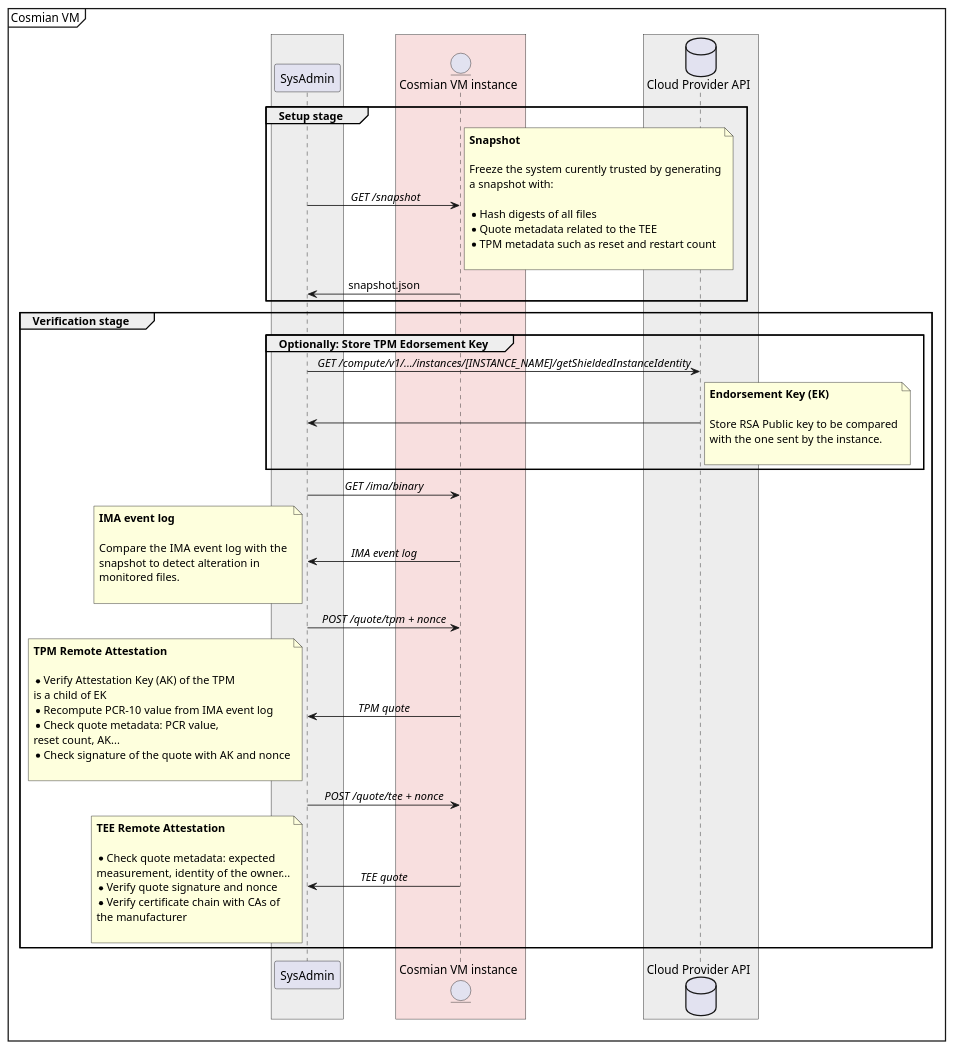
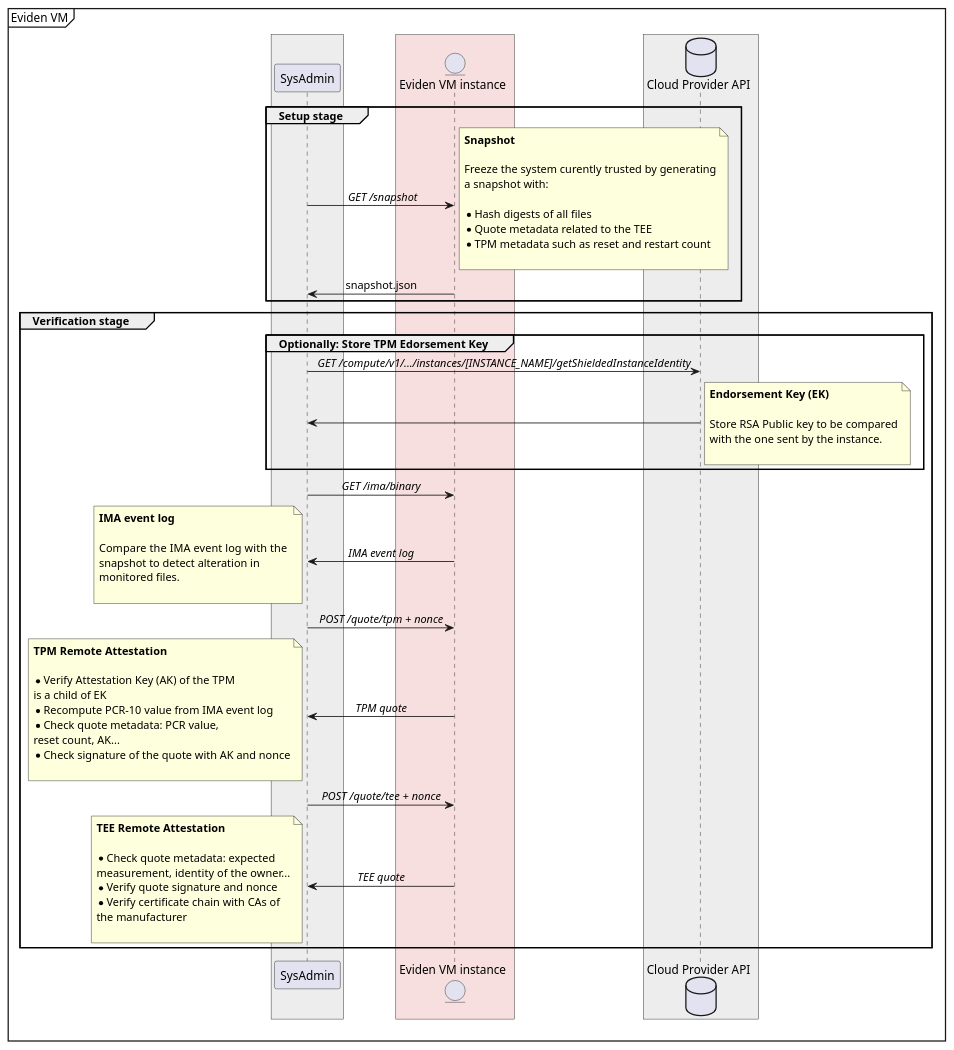
One commit to Cosmian/cosmian_vm changed the diagram in documentation/docs/diagram/cosmian_vm_security.wsd. Above: the diagram before and after it, drawn with PlantUML. The commit also changed 10 other files, not shown here.

```diff
--- a/documentation/docs/diagram/cosmian_vm_security.wsd
+++ b/documentation/docs/diagram/cosmian_vm_security.wsd
@@ -1,90 +1,90 @@
-@startuml cosmian_vm_sec
+@startuml eviden_vm_sec
 
 skinparam SequenceMessageAlign center
 skinparam BoxPadding 30
 
-mainframe Cosmian VM
+mainframe Eviden VM
 
 box #ededed
     participant "SysAdmin" as client
 end box
 
 box #f8dfdf
-    entity "Cosmian VM instance" as server
+    entity "Eviden VM instance" as server
 end box
 
 box #ededed
     Database "Cloud Provider API" as cp
 end box
 
 group Setup stage
 client -> server: // GET /snapshot//
 note right
 **Snapshot**
 
 Freeze the system curently trusted by generating
 a snapshot with: 
 
 * Hash digests of all files
 * Quote metadata related to the TEE
 * TPM metadata such as reset and restart count
 
 end note
 server -> client : snapshot.json
 end
 
 group Verification stage
 
 group Optionally: Store TPM Edorsement Key
 client -> cp : //GET /compute/v1/.../instances/[INSTANCE_NAME]/getShieldedInstanceIdentity//
 cp -> client :
 note right
 **Endorsement Key (EK)**
 
 Store RSA Public key to be compared
 with the one sent by the instance.
 
 end note
 end
 
 client -> server : //GET /ima/binary//
 server -> client : //IMA event log//
 note left
 **IMA event log**
 
 Compare the IMA  event log with the 
 snapshot to detect alteration in 
 monitored files.
 
 end note
 
 client -> server : //POST /quote/tpm + nonce//
 server -> client : //TPM quote//
 note left
 **TPM Remote Attestation**
 
 * Verify Attestation Key (AK) of the TPM
 is a child of EK
 * Recompute PCR-10 value from IMA event log
 * Check quote metadata: PCR value,
 reset count, AK...
 * Check signature of the quote with AK and nonce
 
 end note
 
 client -> server : //POST /quote/tee + nonce//
 server -> client://TEE quote//
 note left
 **TEE Remote Attestation**
 
 * Check quote metadata: expected 
 measurement, identity of the owner...
 * Verify quote signature and nonce
 * Verify certificate chain with CAs of
 the manufacturer
 
 end note
 
 end
 
 @enduml
```
